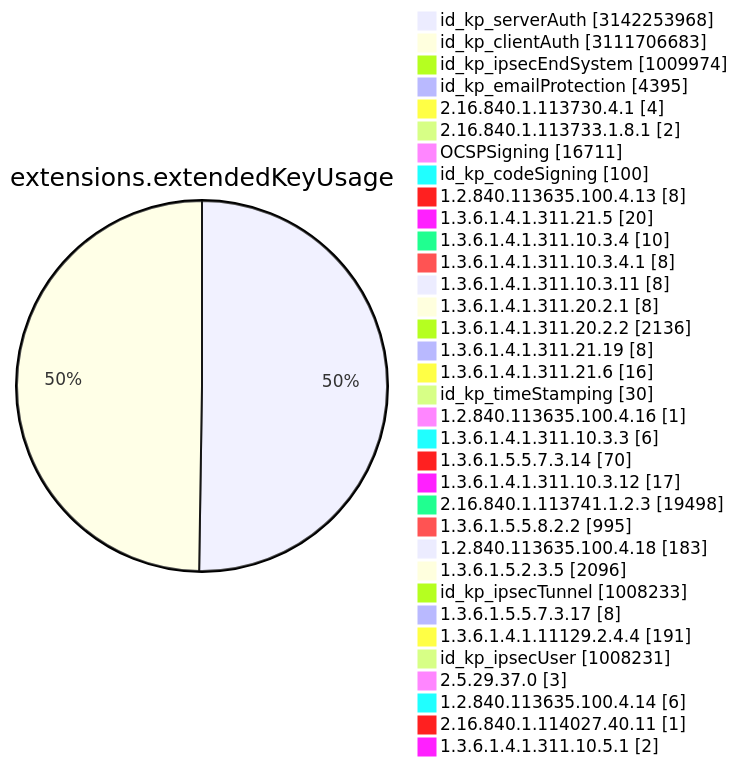
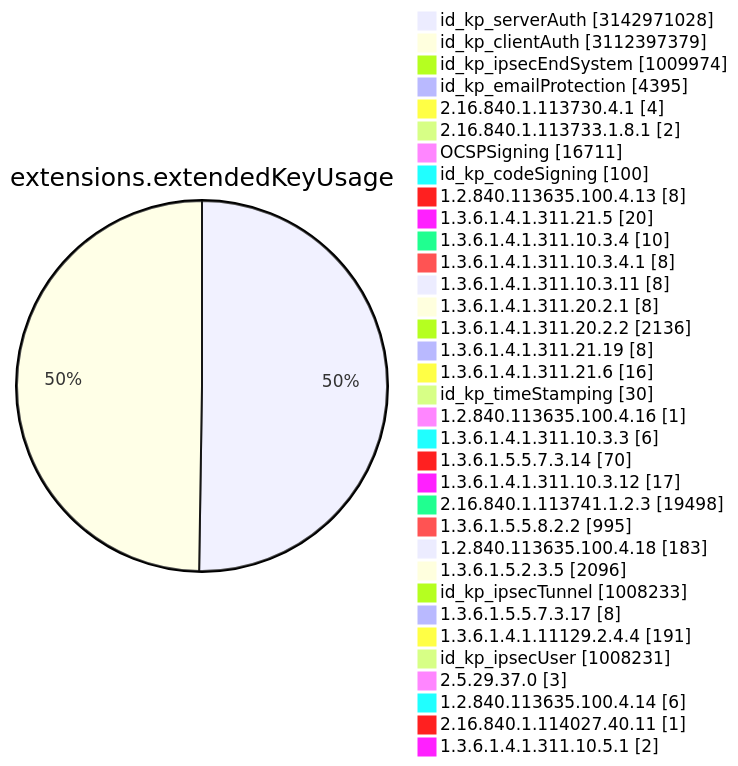
One commit to christiankrug/ctmonitor_visualization changed diagram 11 of 15 in TOTAL/README.md. Above: the diagram before and after it, drawn with Mermaid. The commit also changed other lines of this file, not shown here.

````diff
--- a/TOTAL/README.md
+++ b/TOTAL/README.md
@@ -4119,38 +4119,38 @@
 ```mermaid
 pie showData
 title extensions.extendedKeyUsage
-"id_kp_serverAuth" :3142253968
-"id_kp_clientAuth" :3111706683
+"id_kp_serverAuth" :3142971028
+"id_kp_clientAuth" :3112397379
 "id_kp_ipsecEndSystem" :1009974
 "id_kp_emailProtection" :4395
 "2.16.840.1.113730.4.1" :4
 "2.16.840.1.113733.1.8.1" :2
 "OCSPSigning" :16711
 "id_kp_codeSigning" :100
 "1.2.840.113635.100.4.13" :8
 "1.3.6.1.4.1.311.21.5" :20
 "1.3.6.1.4.1.311.10.3.4" :10
 "1.3.6.1.4.1.311.10.3.4.1" :8
 "1.3.6.1.4.1.311.10.3.11" :8
 "1.3.6.1.4.1.311.20.2.1" :8
 "1.3.6.1.4.1.311.20.2.2" :2136
 "1.3.6.1.4.1.311.21.19" :8
 "1.3.6.1.4.1.311.21.6" :16
 "id_kp_timeStamping" :30
 "1.2.840.113635.100.4.16" :1
 "1.3.6.1.4.1.311.10.3.3" :6
 "1.3.6.1.5.5.7.3.14" :70
 "1.3.6.1.4.1.311.10.3.12" :17
 "2.16.840.1.113741.1.2.3" :19498
 "1.3.6.1.5.5.8.2.2" :995
 "1.2.840.113635.100.4.18" :183
 "1.3.6.1.5.2.3.5" :2096
 "id_kp_ipsecTunnel" :1008233
 "1.3.6.1.5.5.7.3.17" :8
 "1.3.6.1.4.1.11129.2.4.4" :191
 "id_kp_ipsecUser" :1008231
 "2.5.29.37.0" :3
 "1.2.840.113635.100.4.14" :6
 "2.16.840.1.114027.40.11" :1
 "1.3.6.1.4.1.311.10.5.1" :2
 ```
````
